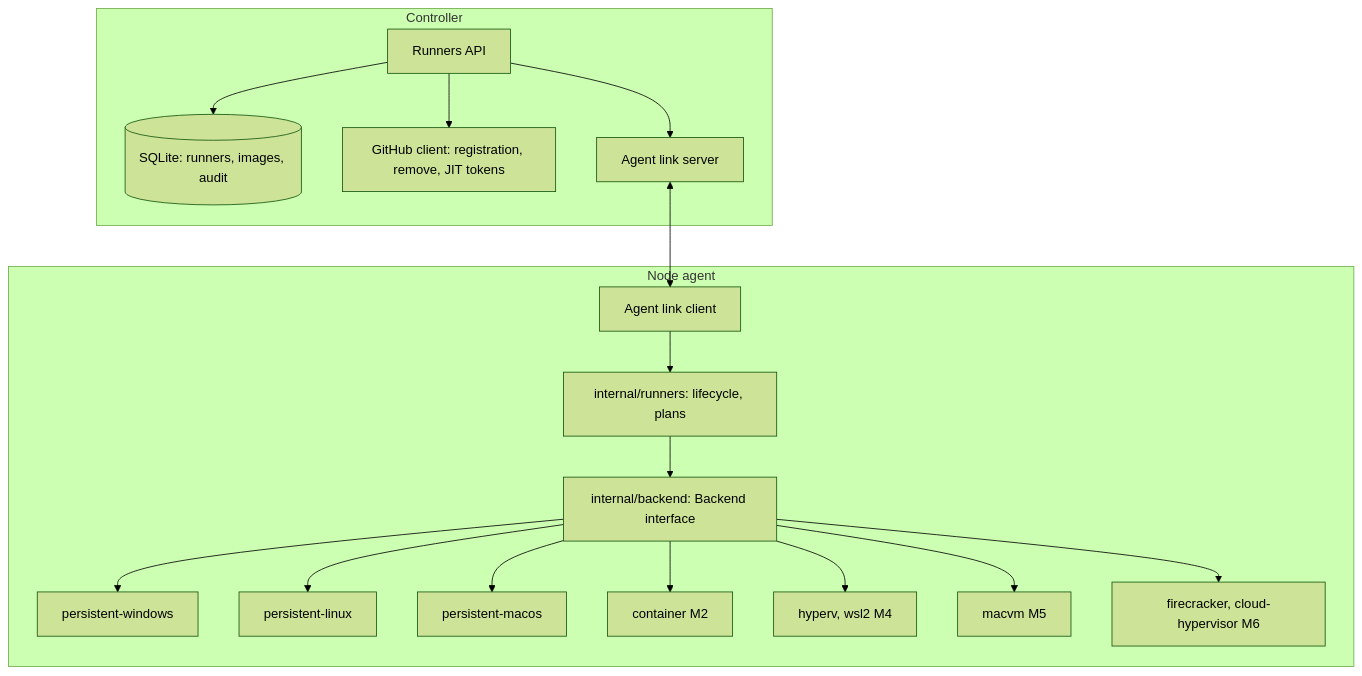
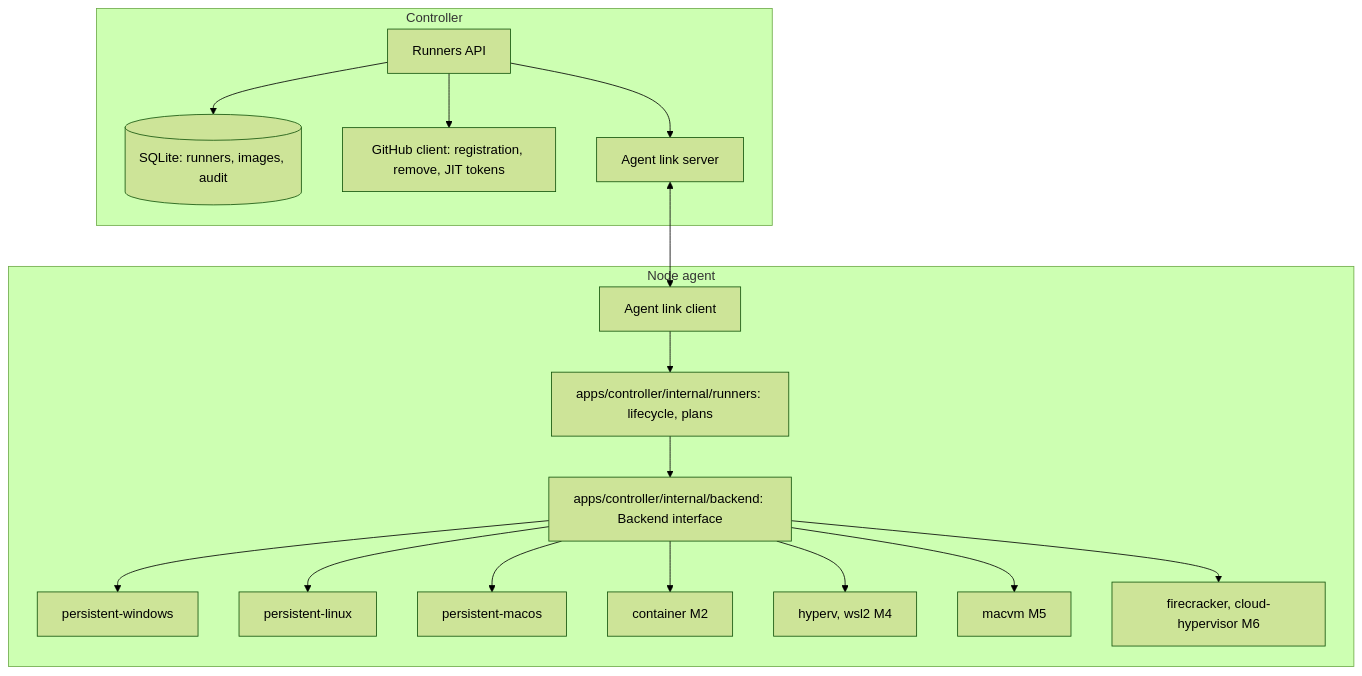
The third of 3 diagrams in docs/features/runners/spec.md (luis-mc/ci-runners-shared-pool), drawn with Mermaid (forest theme) before and after one commit. The commit also changed other lines of this file and 3388 other files, not shown here.

First line of the commit message:
CRSP306: move the Go server to apps/controller and the console to apps/controller-console (#484)

````diff
--- a/docs/features/runners/spec.md
+++ b/docs/features/runners/spec.md
@@ -472,20 +472,20 @@
 ```mermaid
 flowchart TB
   subgraph controller[Controller]
     api[Runners API] --> store[(SQLite: runners, images, audit)]
     api --> gh[GitHub client: registration, remove, JIT tokens]
     api --> link[Agent link server]
   end
   subgraph agent[Node agent]
-    linkc[Agent link client] --> mgr[internal/runners: lifecycle, plans]
-    mgr --> iface[internal/backend: Backend interface]
+    linkc[Agent link client] --> mgr[apps/controller/internal/runners: lifecycle, plans]
+    mgr --> iface[apps/controller/internal/backend: Backend interface]
     iface --> win[persistent-windows]
     iface --> lin[persistent-linux]
     iface --> mac[persistent-macos]
     iface --> ctr[container M2]
     iface --> hv[hyperv, wsl2 M4]
     iface --> macvm[macvm M5]
     iface --> mvm[firecracker, cloud-hypervisor M6]
   end
   link <--> linkc
 ```
````
